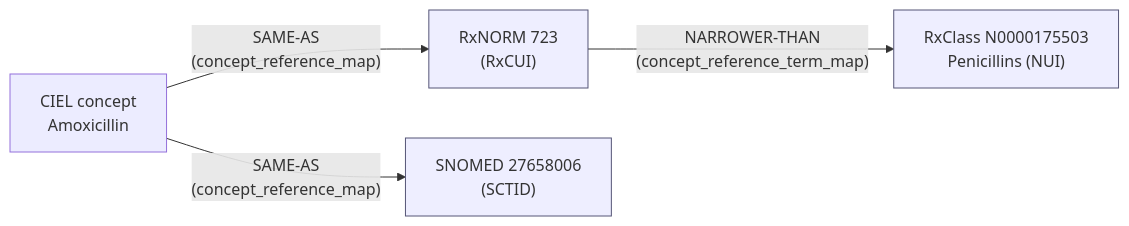
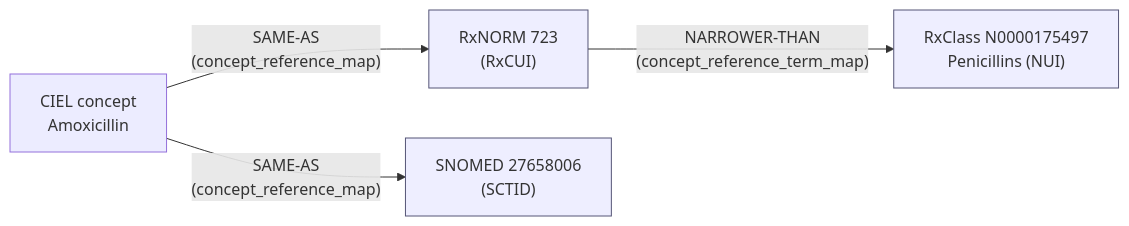
The first of 2 diagrams in docs/TERMINOLOGY_PRIMER.md (jajjer/openmrs-module-cdshooks), drawn with Mermaid before and after one commit. The commit also changed other lines of this file and 9 other files, not shown here.

````diff
--- a/docs/TERMINOLOGY_PRIMER.md
+++ b/docs/TERMINOLOGY_PRIMER.md
@@ -127,14 +127,14 @@
 ```mermaid
 graph LR
     C["CIEL concept<br/>Amoxicillin"]
     RX["RxNORM 723<br/>(RxCUI)"]
     SN["SNOMED 27658006<br/>(SCTID)"]
-    NUI["RxClass N0000175503<br/>Penicillins (NUI)"]
+    NUI["RxClass N0000175497<br/>Penicillins (NUI)"]
 
     C -->|"SAME-AS<br/>(concept_reference_map)"| RX
     C -->|"SAME-AS<br/>(concept_reference_map)"| SN
     RX -->|"NARROWER-THAN<br/>(concept_reference_term_map)"| NUI
 
     classDef code fill:#eef,stroke:#557;
     class RX,SN,NUI code;
 ```
````
